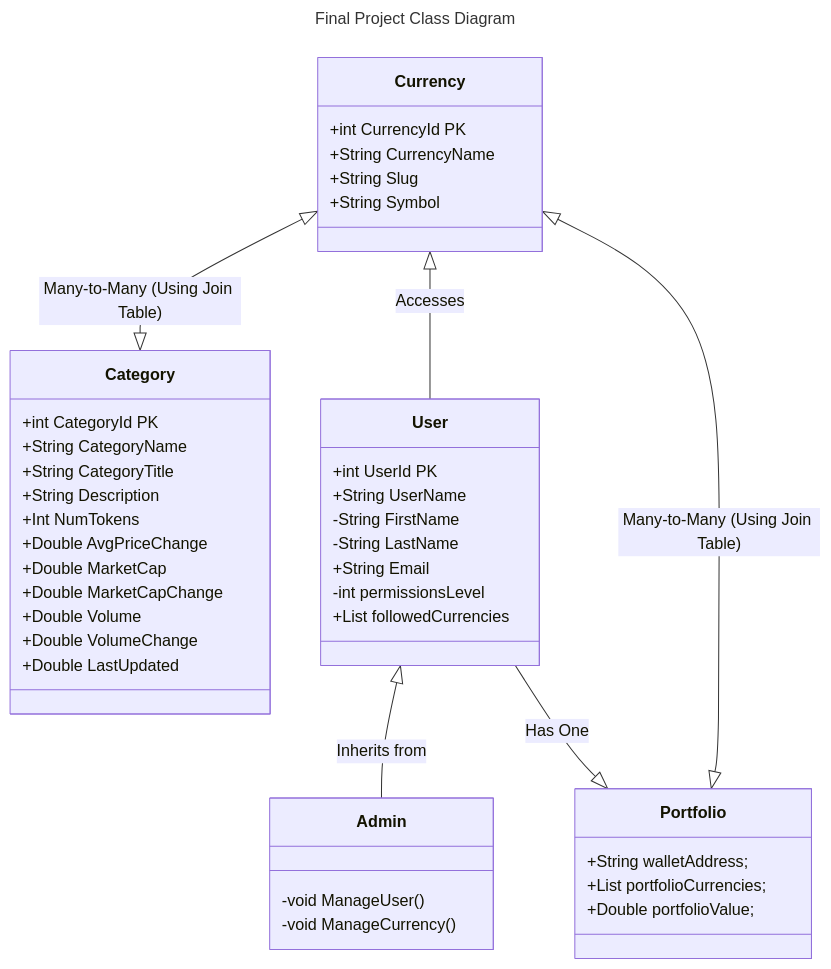
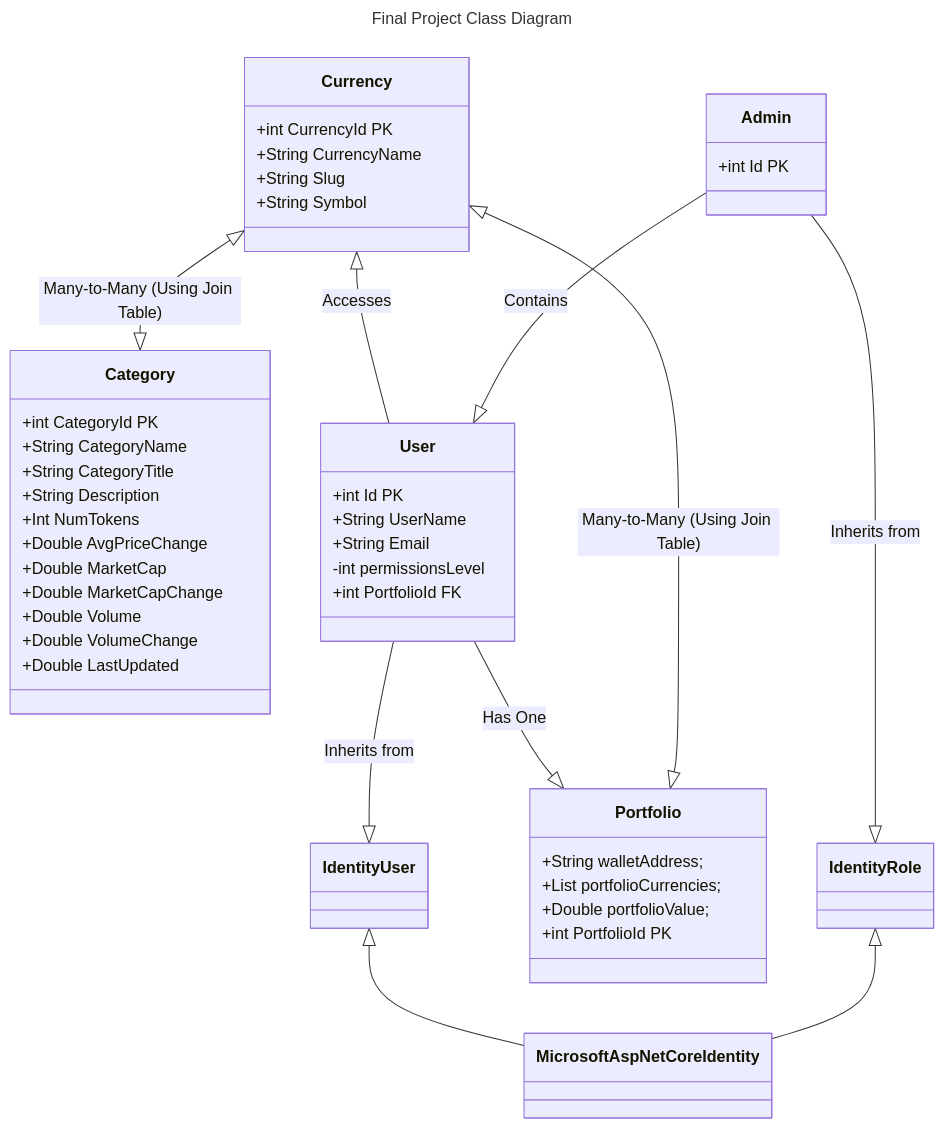
Before and after one commit to GrantRynders/ASPdemo: the diagram in README.md, drawn with Mermaid. The commit also changed 34 other files, not shown here.

````diff
--- a/README.md
+++ b/README.md
@@ -1,48 +1,50 @@
 ```mermaid
 ---
 title: Final Project Class Diagram
 ---
 classDiagram
     Currency <|--|> Category : Many-to-Many (Using Join Table)
     Currency <|-- User : Accesses
-    User <|-- Admin : Inherits from
+    Admin --|> IdentityRole : Inherits from
     User --|> Portfolio : Has One
+    User --|> IdentityUser : Inherits from 
+    IdentityUser <|-- MicrosoftAspNetCoreIdentity
+    IdentityRole <|-- MicrosoftAspNetCoreIdentity
+    Admin --|> User : Contains
     Currency <|--|> Portfolio : Many-to-Many (Using Join Table)
     class Currency{
         +int CurrencyId PK
         +String CurrencyName
         +String Slug
         +String Symbol
     }
     class Category{
         +int CategoryId PK
         +String CategoryName
         +String CategoryTitle
         +String Description
         +Int NumTokens
         +Double AvgPriceChange
         +Double MarketCap
         +Double MarketCapChange
         +Double Volume
         +Double VolumeChange
         +Double LastUpdated
     }
     class Portfolio{
         +String walletAddress;
         +List<Currency> portfolioCurrencies;
         +Double portfolioValue;
+        +int PortfolioId PK
     }
     class User{
-        +int UserId PK
+        +int Id PK
         +String UserName
-        -String FirstName
-        -String LastName
         +String Email
         -int permissionsLevel
-        +List<Currency> followedCurrencies
+        +int PortfolioId FK
     }
     class Admin{
-        -void ManageUser()
-        -void ManageCurrency()
+        +int Id PK
     }
 ```
````
